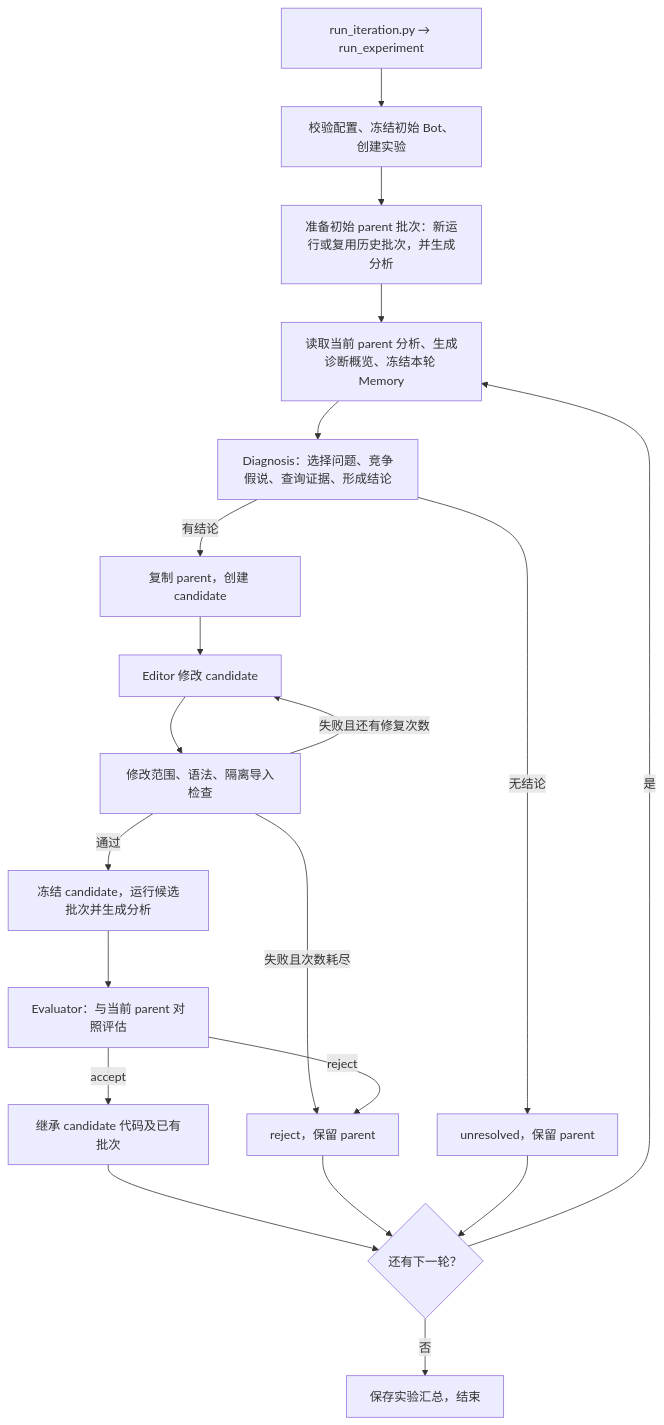
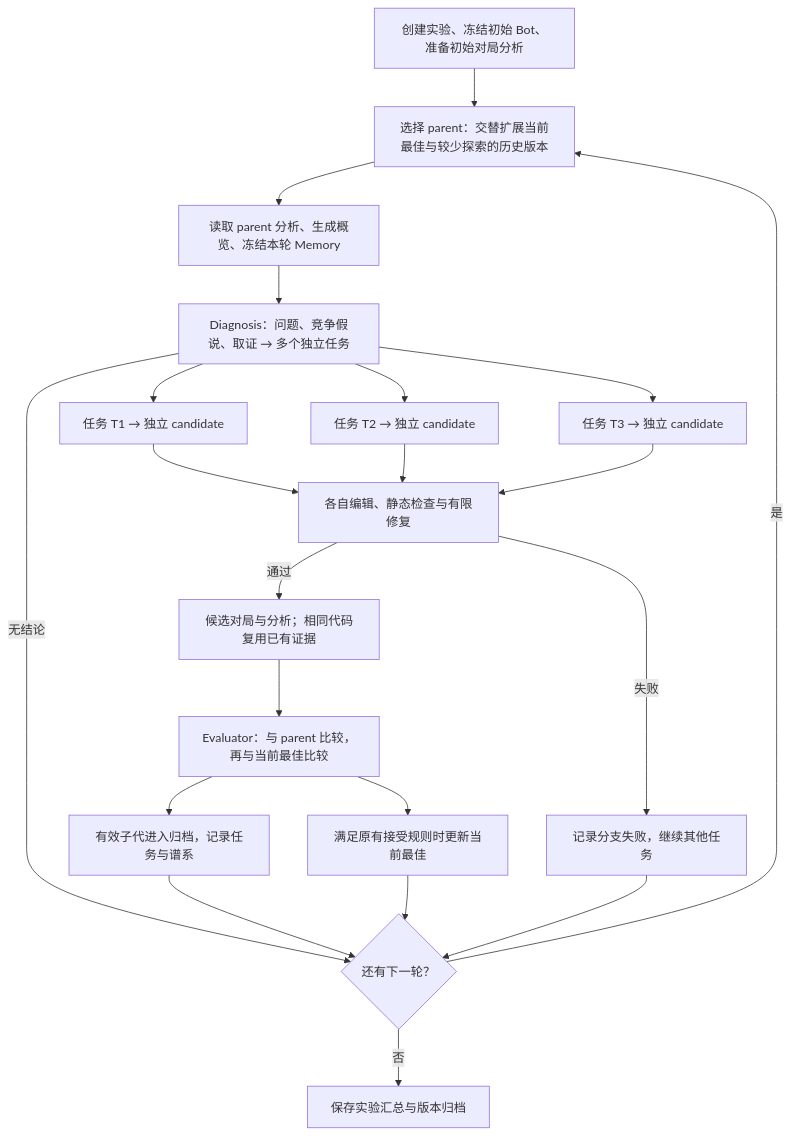
The diagram in README.md (Kanpfx/RSI-SC2), drawn with Mermaid before and after one commit. The commit also changed other lines of this file and 36 other files, not shown here.

````diff
--- a/README.md
+++ b/README.md
@@ -82,22 +105,23 @@
 ```mermaid
 flowchart TD
-    A["run_iteration.py → run_experiment"] --> B["校验配置、冻结初始 Bot、创建实验"]
-    B --> C["准备初始 parent 批次：新运行或复用历史批次，并生成分析"]
-    C --> D["读取当前 parent 分析、生成诊断概览、冻结本轮 Memory"]
-    D --> E["Diagnosis：选择问题、竞争假说、查询证据、形成结论"]
-    E -->|有结论| F0["复制 parent，创建 candidate"]
-    F0 --> F["Editor 修改 candidate"]
-    E -->|无结论| U["unresolved，保留 parent"]
-    F --> G["修改范围、语法、隔离导入检查"]
-    G -->|失败且还有修复次数| F
-    G -->|失败且次数耗尽| R["reject，保留 parent"]
-    G -->|通过| H["冻结 candidate，运行候选批次并生成分析"]
-    H --> I["Evaluator：与当前 parent 对照评估"]
-    I -->|accept| J["继承 candidate 代码及已有批次"]
-    I -->|reject| R
-    J --> K{"还有下一轮？"}
+    A["创建实验、冻结初始 Bot、准备初始对局分析"] --> B["选择 parent：交替扩展当前最佳与较少探索的历史版本"]
+    B --> C["读取 parent 分析、生成概览、冻结本轮 Memory"]
+    C --> D["Diagnosis：问题、竞争假说、取证 → 多个独立任务"]
+    D -->|无结论| K{"还有下一轮？"}
+    D --> T1["任务 T1 → 独立 candidate"]
+    D --> T2["任务 T2 → 独立 candidate"]
+    D --> T3["任务 T3 → 独立 candidate"]
+    T1 --> V["各自编辑、静态检查与有限修复"]
+    T2 --> V
+    T3 --> V
+    V -->|通过| E["候选对局与分析；相同代码复用已有证据"]
+    V -->|失败| R["记录分支失败，继续其他任务"]
+    E --> F["Evaluator：与 parent 比较，再与当前最佳比较"]
+    F --> G["有效子代进入归档，记录任务与谱系"]
+    F --> H["满足原有接受规则时更新当前最佳"]
+    G --> K
+    H --> K
     R --> K
-    U --> K
-    K -->|是| D
-    K -->|否| L["保存实验汇总，结束"]
+    K -->|是| B
+    K -->|否| L["保存实验汇总与版本归档"]
 ```
````
